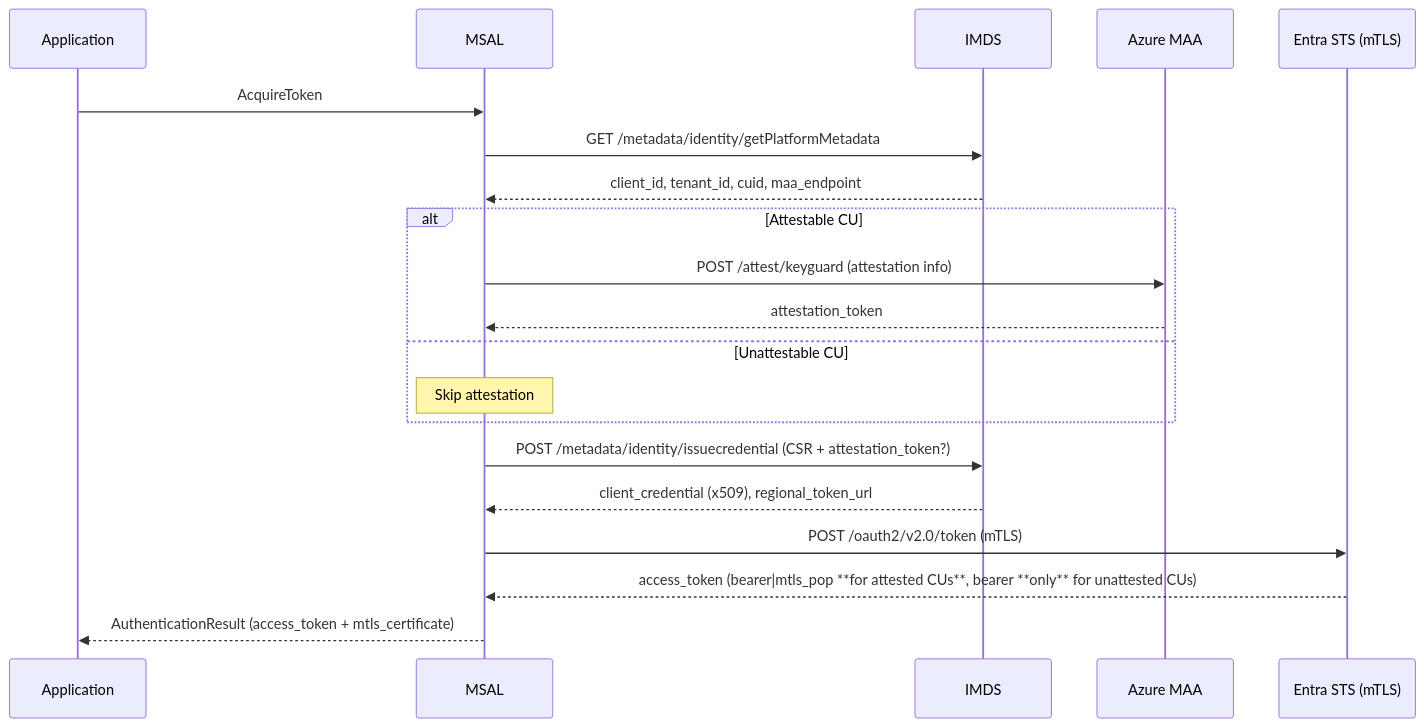
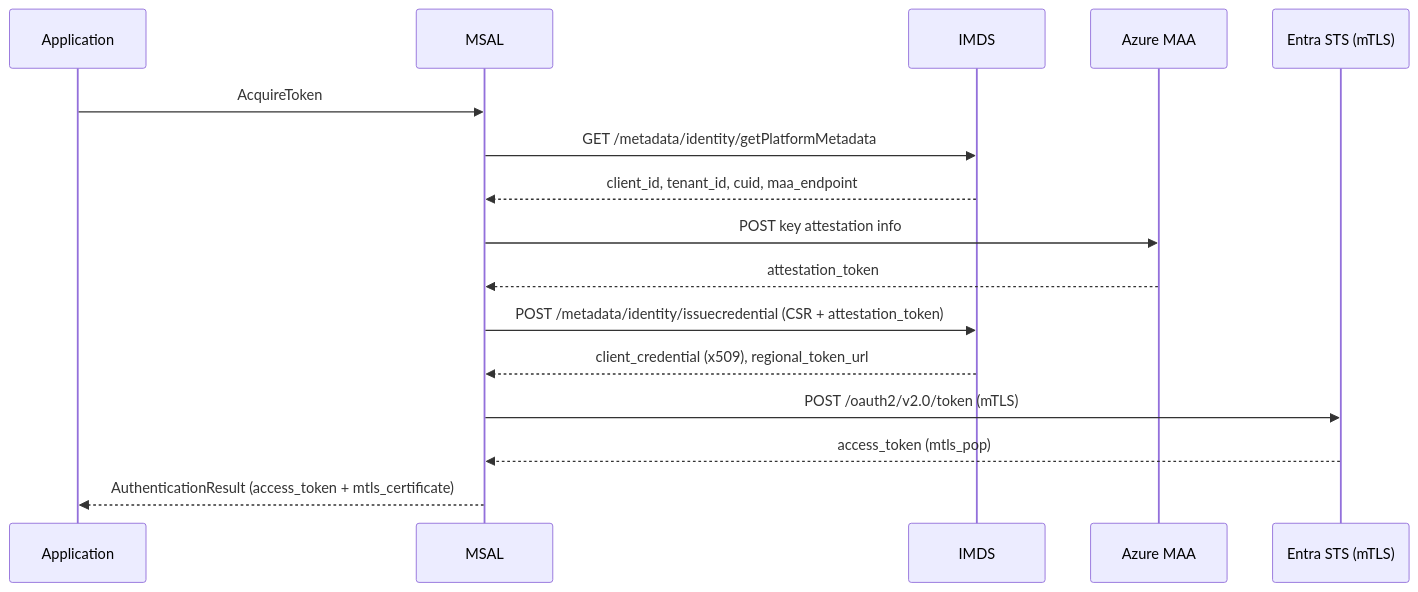
One commit to AzureAD/microsoft-authentication-library-for-dotnet changed the second of 2 diagrams in docs/msi_v2/msi_with_credential_design.md. Above: the diagram before and after it, drawn with Mermaid. The commit also changed other lines of this file and 1 other file, not shown here.

First line of the commit message:
Add Linux Attested Managed Identity Flow documentation (#6149)

````diff
--- a/docs/msi_v2/msi_with_credential_design.md
+++ b/docs/msi_v2/msi_with_credential_design.md
@@ -42,26 +42,22 @@
 ```mermaid
 sequenceDiagram
     participant App as Application
     participant MSAL
     participant IMDS
     participant MAA as Azure MAA
     participant ESTS as Entra STS (mTLS)
 
     App  ->> MSAL: AcquireToken
     MSAL ->> IMDS: GET /metadata/identity/getPlatformMetadata
     IMDS -->> MSAL: client_id, tenant_id, cuid, maa_endpoint
     
-    alt Attestable CU
-        MSAL ->> MAA: POST /attest/keyguard (attestation info)
-        MAA  -->> MSAL: attestation_token
-    else Unattestable CU
-        Note over MSAL: Skip attestation
-    end
+    MSAL ->> MAA: POST key attestation info
+    MAA  -->> MSAL: attestation_token
 
-    MSAL ->> IMDS: POST /metadata/identity/issuecredential (CSR + attestation_token?)
+    MSAL ->> IMDS: POST /metadata/identity/issuecredential (CSR + attestation_token)
     IMDS -->> MSAL: client_credential (x509), regional_token_url
 
     MSAL ->> ESTS: POST /oauth2/v2.0/token (mTLS)
-    ESTS -->> MSAL: access_token (bearer|mtls_pop **for attested CUs**, bearer **only** for unattested CUs)
+    ESTS -->> MSAL: access_token (mtls_pop)
     MSAL -->> App : AuthenticationResult (access_token + mtls_certificate)
 ```
````
